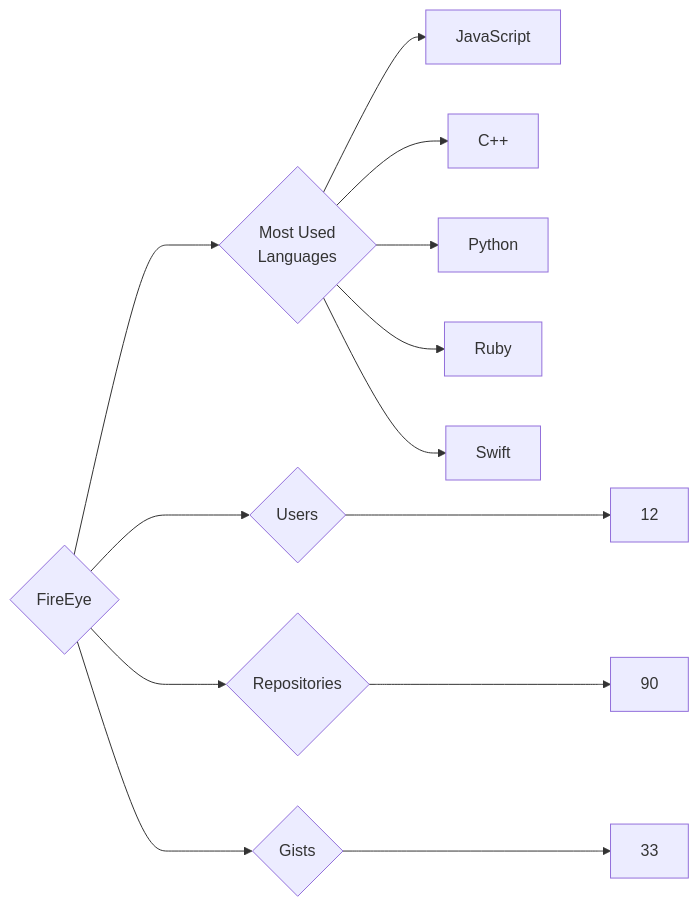
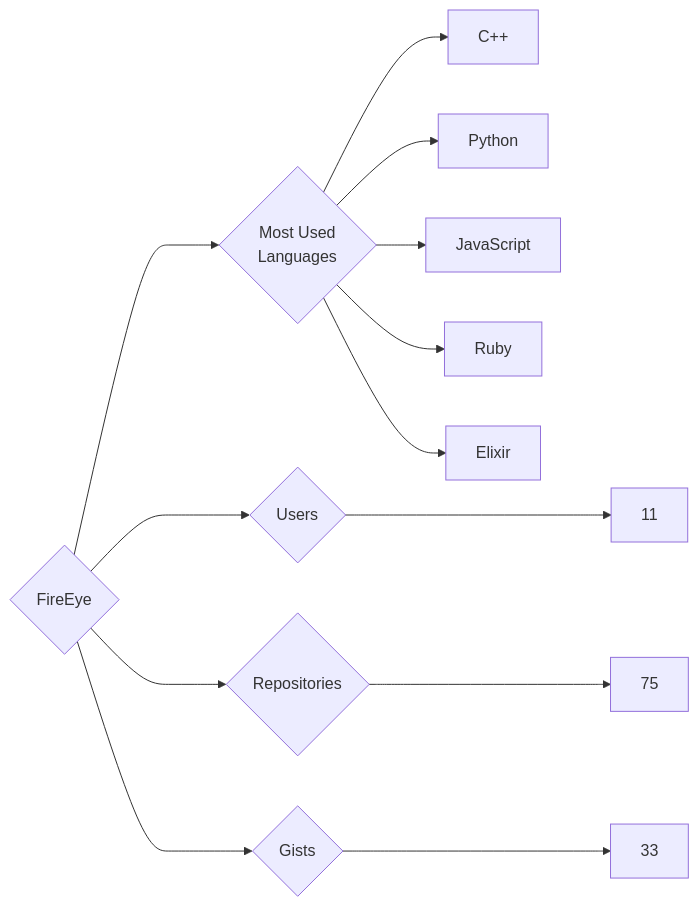
One commit to trickest/insiders changed the diagram in targets/FireEye/README.md. Above: the diagram before and after it, drawn with Mermaid. The commit also changed 899 other files, not shown here.

````diff
--- a/targets/FireEye/README.md
+++ b/targets/FireEye/README.md
@@ -3,13 +3,13 @@
 ```mermaid
 graph LR
 COMPANY_NAME{FireEye}
-COMPANY_NAME ---> U{Users} ---> UN[12]
-COMPANY_NAME ---> R{Repositories} ---> RN[90]
+COMPANY_NAME ---> U{Users} ---> UN[11]
+COMPANY_NAME ---> R{Repositories} ---> RN[75]
 COMPANY_NAME ---> G{Gists} ---> GN[33]
 COMPANY_NAME ---> ML{Most Used<br>Languages}
-ML --> JavaScript[JavaScript]
 ML --> C++[C++]
 ML --> Python[Python]
+ML --> JavaScript[JavaScript]
 ML --> Ruby[Ruby]
-ML --> Swift[Swift]
+ML --> Elixir[Elixir]
 ```
````
